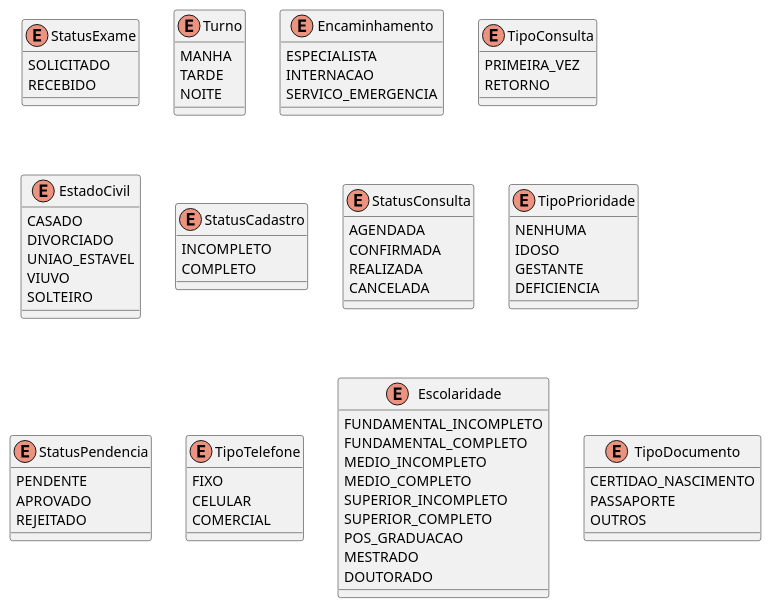
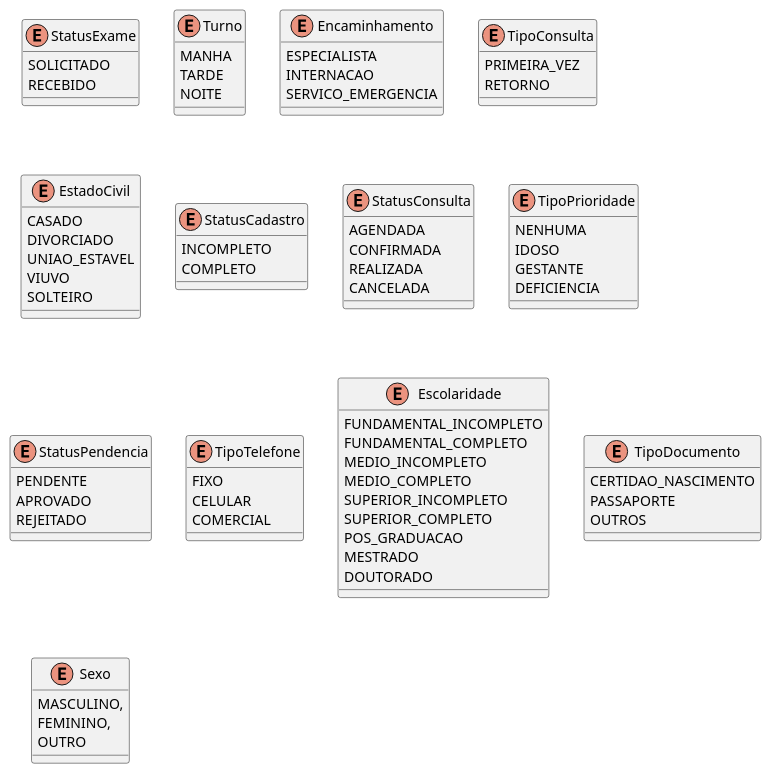
One commit to andreleonam/promed changed the diagram in docs/uml/dominio/enums/enumsDominio.puml. Above: the diagram before and after it, drawn with PlantUML. The commit also changed 4 other files, not shown here.

```diff
--- a/docs/uml/dominio/enums/enumsDominio.puml
+++ b/docs/uml/dominio/enums/enumsDominio.puml
@@ -1,82 +1,89 @@
 @startuml
 
 enum StatusExame {
   SOLICITADO
   RECEBIDO
 }
 
 enum Turno {
   MANHA
   TARDE
   NOITE
 }
 
 enum Encaminhamento {
   ESPECIALISTA
   INTERNACAO
   SERVICO_EMERGENCIA
 }
 
 enum TipoConsulta {
   PRIMEIRA_VEZ
   RETORNO
 }
 
 enum EstadoCivil {
   CASADO
   DIVORCIADO
   UNIAO_ESTAVEL
   VIUVO
   SOLTEIRO
 }
 
 enum StatusCadastro {
   INCOMPLETO
   COMPLETO
 }
 
 enum StatusConsulta {
   AGENDADA
   CONFIRMADA
   REALIZADA
   CANCELADA
 }
 
 enum TipoPrioridade {
   NENHUMA
   IDOSO
   GESTANTE
   DEFICIENCIA
 }
 
 enum StatusPendencia {
   PENDENTE
   APROVADO
   REJEITADO
 }
 
 enum TipoTelefone {
   FIXO
   CELULAR
   COMERCIAL
 }
 
 enum Escolaridade {
   FUNDAMENTAL_INCOMPLETO
   FUNDAMENTAL_COMPLETO
   MEDIO_INCOMPLETO
   MEDIO_COMPLETO
   SUPERIOR_INCOMPLETO
   SUPERIOR_COMPLETO
   POS_GRADUACAO
   MESTRADO
   DOUTORADO
 }
 
 enum TipoDocumento {
   CERTIDAO_NASCIMENTO
   PASSAPORTE
   OUTROS
 }
 
+
+enum Sexo {
+  MASCULINO,
+  FEMININO,
+  OUTRO
+}
+
 @enduml
```
